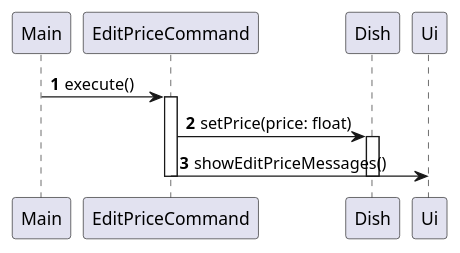
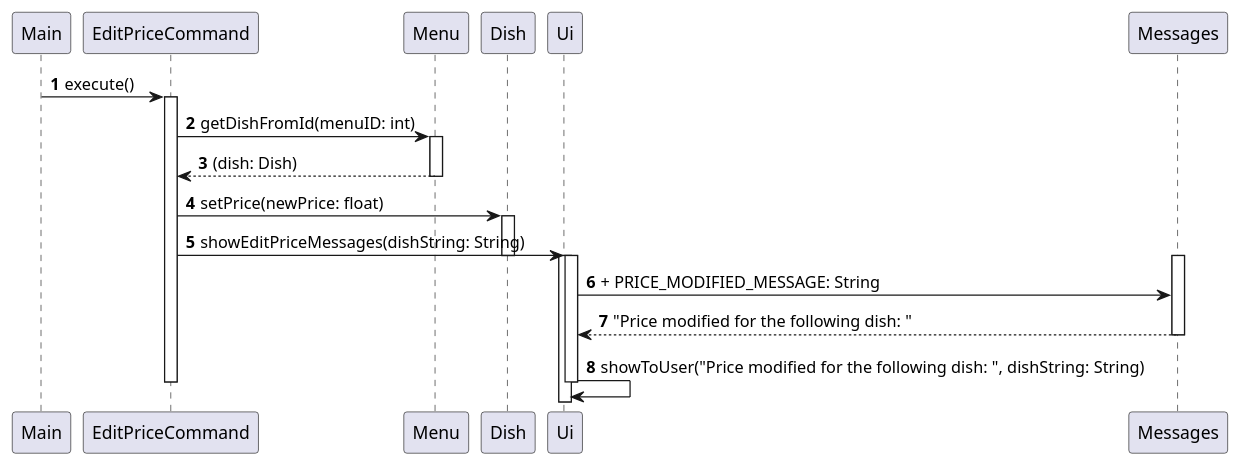
Before and after one commit to nus-cs2113-AY2324S1/tp: the diagram in docs/diagrams/sequence/EditPriceCommand_execute.puml, drawn with PlantUML.

Commit message:
Add more details to EditPriceCommand_execute sequence diagram

```diff
--- a/docs/diagrams/sequence/EditPriceCommand_execute.puml
+++ b/docs/diagrams/sequence/EditPriceCommand_execute.puml
@@ -1,13 +1,26 @@
 @startuml
 'https://plantuml.com/sequence-diagram
 
 autonumber
 
 Main -> EditPriceCommand: execute()
 activate EditPriceCommand
-EditPriceCommand -> Dish: setPrice(price: float)
+EditPriceCommand -> Menu:getDishFromId(menuID: int)
+activate Menu
+Menu --> EditPriceCommand: (dish: Dish)
+deactivate Menu
+EditPriceCommand -> Dish: setPrice(newPrice: float)
 activate Dish
-EditPriceCommand -> Ui: showEditPriceMessages()
+EditPriceCommand -> Ui: showEditPriceMessages(dishString: String)
+deactivate Dish
+activate Ui
+activate Messages
+activate Ui
+Ui -> Messages: + PRICE_MODIFIED_MESSAGE: String
+Messages --> Ui: "Price modified for the following dish: "
+deactivate Messages
+Ui -> Ui: showToUser("Price modified for the following dish: ", dishString: String)
+deactivate Ui
 deactivate EditPriceCommand
 deactivate Dish
 @enduml
```
